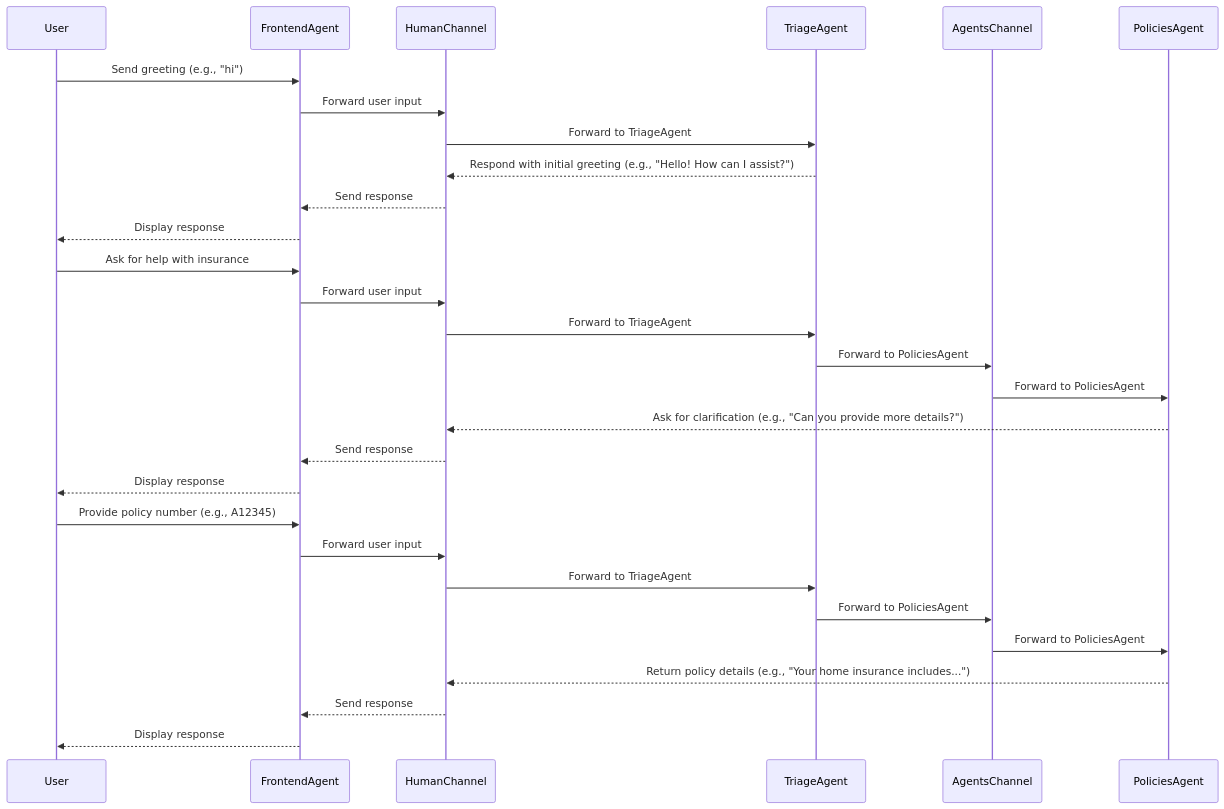
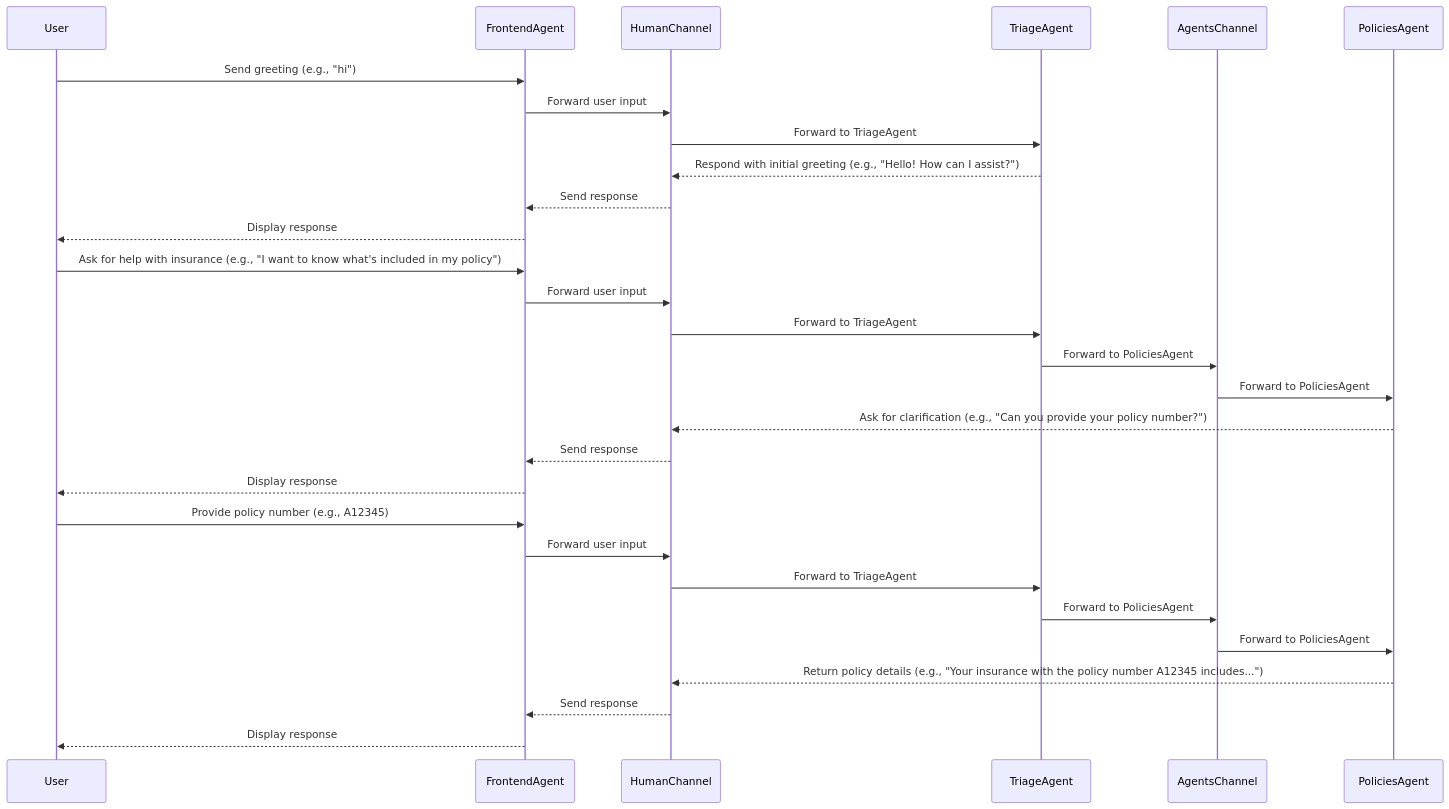
The diagram in examples/multi_agent_human_chat/README.md (eggai-tech/EggAI), drawn with Mermaid before and after one commit. The commit also changed other lines of this file, not shown here.

````diff
--- a/examples/multi_agent_human_chat/README.md
+++ b/examples/multi_agent_human_chat/README.md
@@ -57,34 +57,34 @@
 ```mermaid
 sequenceDiagram
     participant User
     participant FrontendAgent
     participant HumanChannel
     participant TriageAgent
     participant AgentsChannel
     participant PoliciesAgent
 
     User->>FrontendAgent: Send greeting (e.g., "hi")
     FrontendAgent->>HumanChannel: Forward user input
     HumanChannel->>TriageAgent: Forward to TriageAgent
     TriageAgent-->>HumanChannel: Respond with initial greeting (e.g., "Hello! How can I assist?")
     HumanChannel-->>FrontendAgent: Send response
     FrontendAgent-->>User: Display response
 
-    User->>FrontendAgent: Ask for help with insurance
+    User->>FrontendAgent: Ask for help with insurance (e.g., "I want to know what's included in my policy")
     FrontendAgent->>HumanChannel: Forward user input
     HumanChannel->>TriageAgent: Forward to TriageAgent
     TriageAgent->>AgentsChannel: Forward to PoliciesAgent
     AgentsChannel->>PoliciesAgent: Forward to PoliciesAgent
-    PoliciesAgent-->>HumanChannel: Ask for clarification (e.g., "Can you provide more details?")
+    PoliciesAgent-->>HumanChannel: Ask for clarification (e.g., "Can you provide your policy number?")
     HumanChannel-->>FrontendAgent: Send response
     FrontendAgent-->>User: Display response
 
     User->>FrontendAgent: Provide policy number (e.g., A12345)
     FrontendAgent->>HumanChannel: Forward user input
     HumanChannel->>TriageAgent: Forward to TriageAgent
     TriageAgent->>AgentsChannel: Forward to PoliciesAgent
     AgentsChannel->>PoliciesAgent: Forward to PoliciesAgent
-    PoliciesAgent-->>HumanChannel: Return policy details (e.g., "Your home insurance includes...")
+    PoliciesAgent-->>HumanChannel: Return policy details (e.g., "Your insurance with the policy number A12345 includes...")
     HumanChannel-->>FrontendAgent: Send response
     FrontendAgent-->>User: Display response
 ```
````
